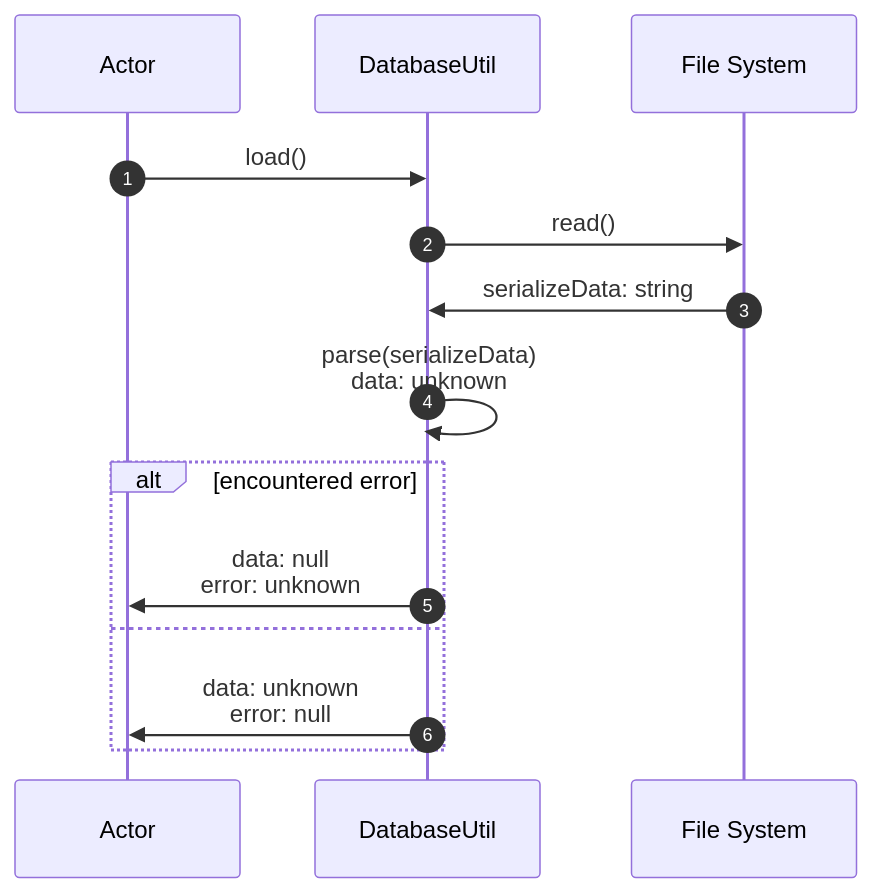
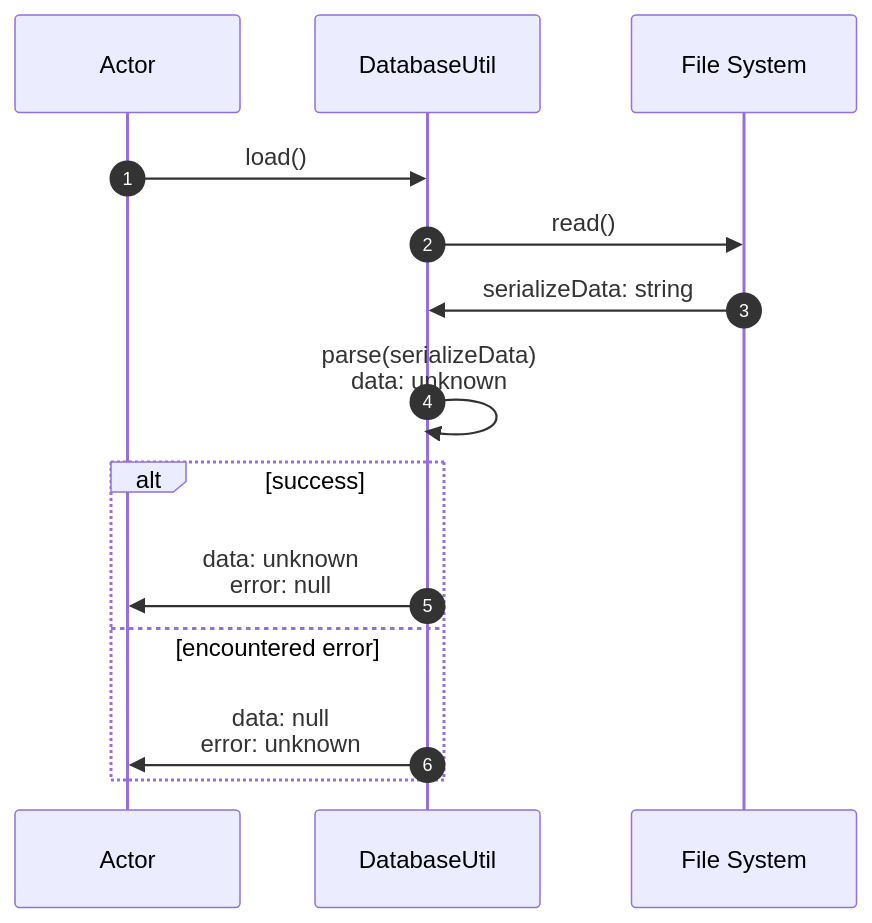
Before and after one commit to normal-devs/klicker-knight: the third of 4 diagrams in docs/architecture/databaseUtil.md, drawn with Mermaid. The commit also changed other lines of this file and 1 other file, not shown here.

Commit message:
Swap mermaid alt and else to have expected situation on top

````diff
--- a/docs/architecture/databaseUtil.md
+++ b/docs/architecture/databaseUtil.md
@@ -46,19 +46,19 @@
 ```mermaid
 sequenceDiagram
   autonumber
   participant A as Actor
   participant D as DatabaseUtil
   participant F as File System
 
   A ->> D: load()
   D ->> F: read()
   F ->> D: serializeData: string
 
   D ->> D: parse(serializeData) <br> data: unknown
 
-  alt encountered error
+  alt success
+    D ->> A: data: unknown <br> error: null
+  else encountered error
     D ->> A: data: null <br> error: unknown
-  else
-    D ->> A: data: unknown <br> error: null
   end
 ```
````
